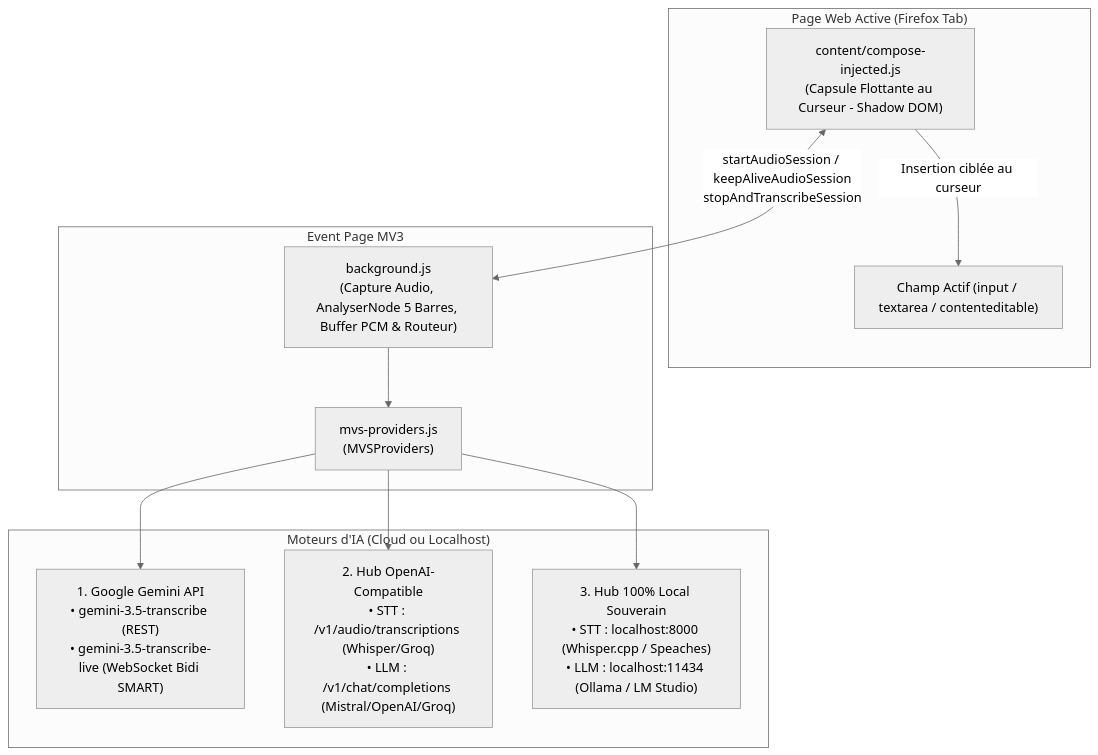
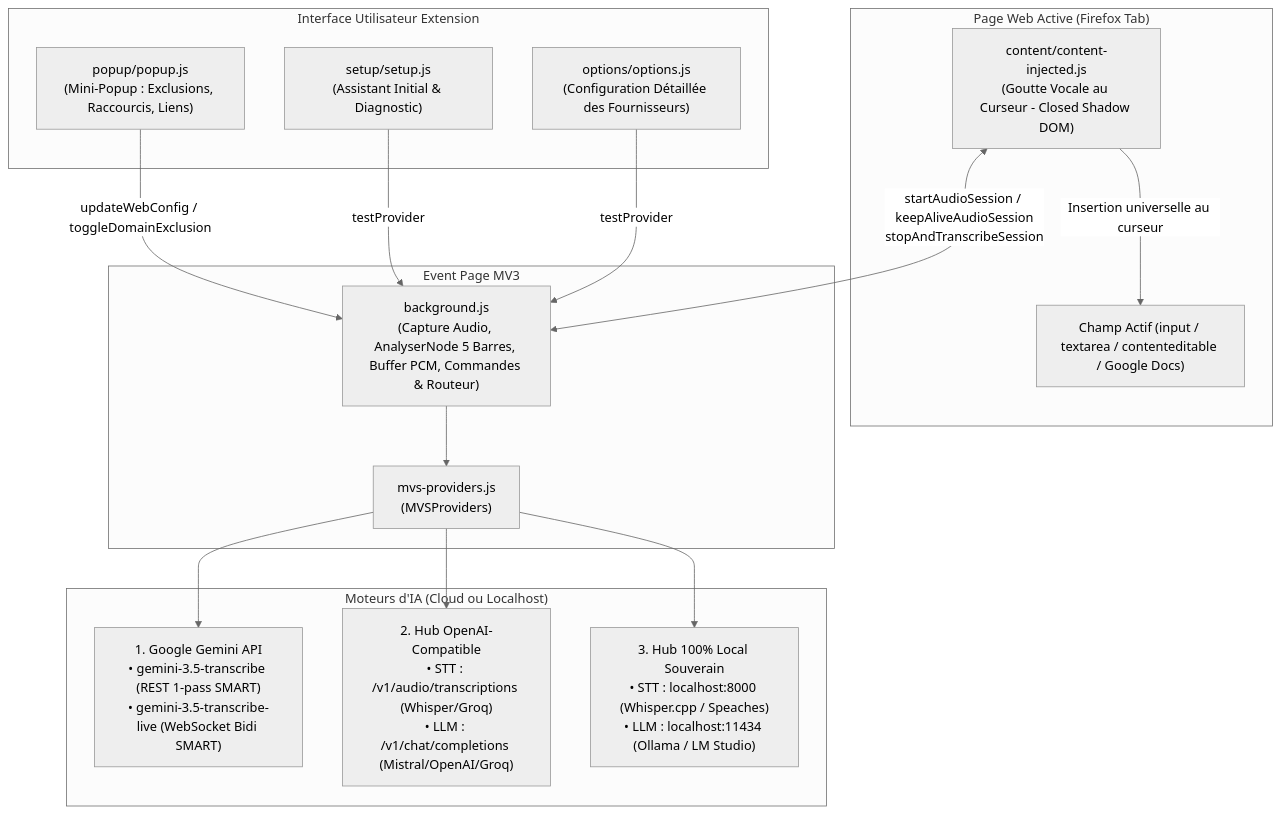
The diagram in ARCHITECTURE.md (mtfkarukera/magic-voice-scriber-firefox), drawn with Mermaid (neutral theme) before and after one commit. The commit also changed other lines of this file and 34 other files, not shown here.

Commit message:
feat(firefox): v1.0.0 - version officielle firefox mv3 avec popup, setup 5 étapes et injection universelle

````diff
--- a/ARCHITECTURE.md
+++ b/ARCHITECTURE.md
@@ -14,25 +16,34 @@
 ```mermaid
 flowchart TD
     subgraph WebPage["Page Web Active (Firefox Tab)"]
-        InputField["Champ Actif (input / textarea / contenteditable)"]
-        Widget["content/compose-injected.js\n(Capsule Flottante au Curseur - Shadow DOM)"]
+        InputField["Champ Actif (input / textarea / contenteditable / Google Docs)"]
+        Widget["content/content-injected.js\n(Goutte Vocale au Curseur - Closed Shadow DOM)"]
+    end
+
+    subgraph BrowserUI["Interface Utilisateur Extension"]
+        Popup["popup/popup.js\n(Mini-Popup : Exclusions, Raccourcis, Liens)"]
+        Setup["setup/setup.js\n(Assistant Initial & Diagnostic)"]
+        Options["options/options.js\n(Configuration Détaillée des Fournisseurs)"]
     end
 
     subgraph BackgroundContext["Event Page MV3"]
-        BG["background.js\n(Capture Audio, AnalyserNode 5 Barres, Buffer PCM & Routeur)"]
+        BG["background.js\n(Capture Audio, AnalyserNode 5 Barres, Buffer PCM, Commandes & Routeur)"]
         Providers["mvs-providers.js\n(MVSProviders)"]
     end
 
     subgraph AIProviders["Moteurs d'IA (Cloud ou Localhost)"]
-        Gemini["1. Google Gemini API\n• gemini-3.5-transcribe (REST)\n• gemini-3.5-transcribe-live (WebSocket Bidi SMART)"]
+        Gemini["1. Google Gemini API\n• gemini-3.5-transcribe (REST 1-pass SMART)\n• gemini-3.5-transcribe-live (WebSocket Bidi SMART)"]
         OpenAI["2. Hub OpenAI-Compatible\n• STT : /v1/audio/transcriptions (Whisper/Groq)\n• LLM : /v1/chat/completions (Mistral/OpenAI/Groq)"]
         Local["3. Hub 100% Local Souverain\n• STT : localhost:8000 (Whisper.cpp / Speaches)\n• LLM : localhost:11434 (Ollama / LM Studio)"]
     end
 
     Widget <-->|"startAudioSession / keepAliveAudioSession\nstopAndTranscribeSession"| BG
+    Popup -->|"updateWebConfig / toggleDomainExclusion"| BG
+    Setup -->|"testProvider"| BG
+    Options -->|"testProvider"| BG
     BG --> Providers
     Providers --> Gemini
     Providers --> OpenAI
     Providers --> Local
-    Widget -->|"Insertion ciblée au curseur"| InputField
+    Widget -->|"Insertion universelle au curseur"| InputField
 ```
````
